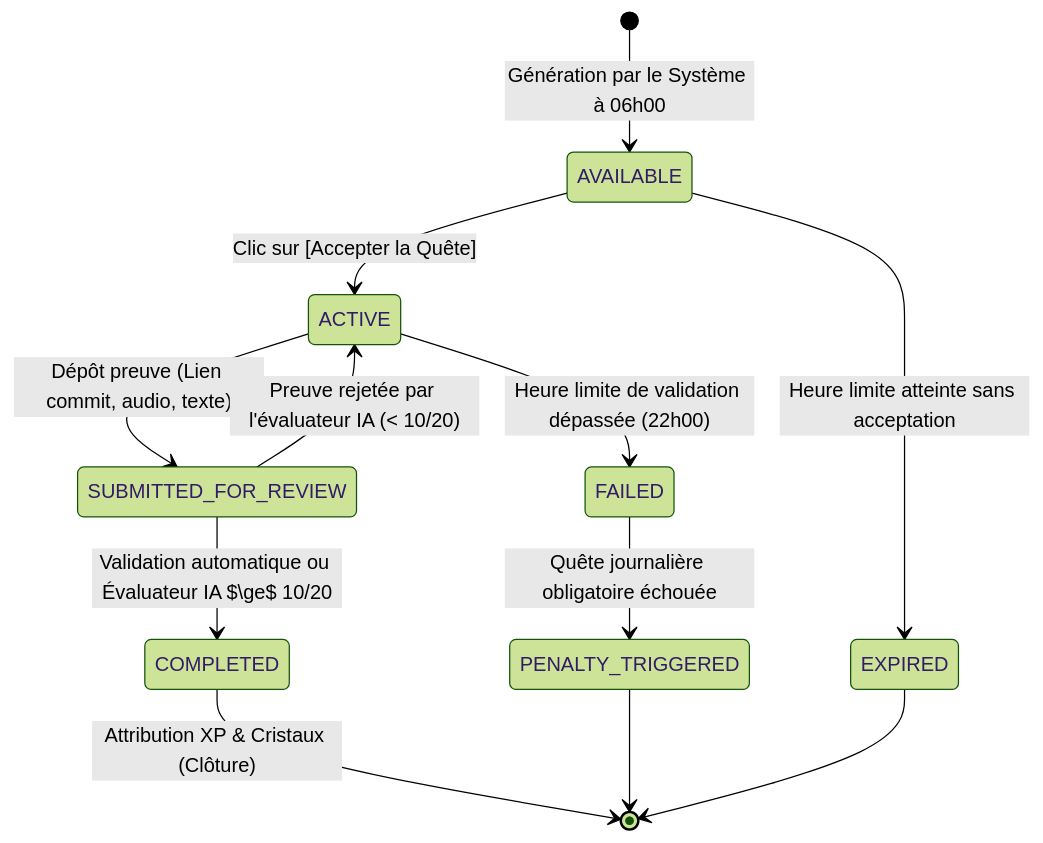
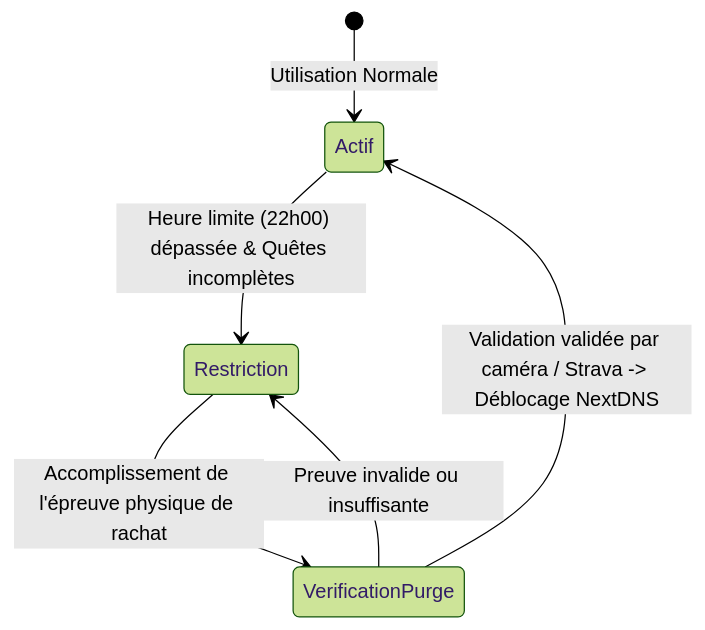
The second of 2 diagrams in docs/03-APP_FLOW.md (GeovanioH/LevelUp), drawn with Mermaid (forest theme) before and after one commit. The commit also changed other lines of this file and 12 other files, not shown here.

````diff
--- a/docs/03-APP_FLOW.md
+++ b/docs/03-APP_FLOW.md
@@ -1020,17 +41,8 @@
 ```mermaid
 stateDiagram-v2
-    [*] --> AVAILABLE : Génération par le Système à 06h00
-    AVAILABLE --> ACTIVE : Clic sur [Accepter la Quête]
-    AVAILABLE --> EXPIRED : Heure limite atteinte sans acceptation
-    
-    ACTIVE --> SUBMITTED_FOR_REVIEW : Dépôt preuve (Lien commit, audio, texte)
-    ACTIVE --> FAILED : Heure limite de validation dépassée (22h00)
-    
-    SUBMITTED_FOR_REVIEW --> COMPLETED : Validation automatique ou Évaluateur IA $\ge$ 10/20
-    SUBMITTED_FOR_REVIEW --> ACTIVE : Preuve rejetée par l'évaluateur IA (< 10/20)
-    
-    COMPLETED --> [*] : Attribution XP & Cristaux (Clôture)
-    FAILED --> PENALTY_TRIGGERED : Quête journalière obligatoire échouée
-    PENALTY_TRIGGERED --> [*]
-    EXPIRED --> [*]
+    [*] --> Actif: Utilisation Normale
+    Actif --> Restriction: Heure limite (22h00) dépassée & Quêtes incomplètes
+    Restriction --> VerificationPurge: Accomplissement de l'épreuve physique de rachat
+    VerificationPurge --> Actif: Validation validée par caméra / Strava -> Déblocage NextDNS
+    VerificationPurge --> Restriction: Preuve invalide ou insuffisante
 ```
````
